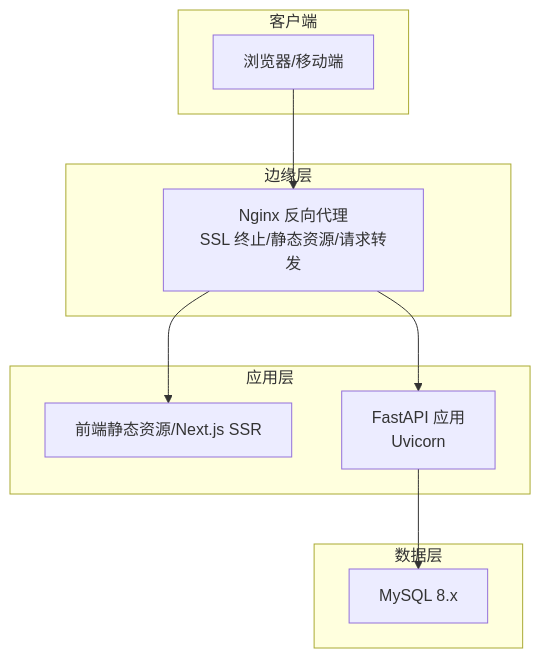
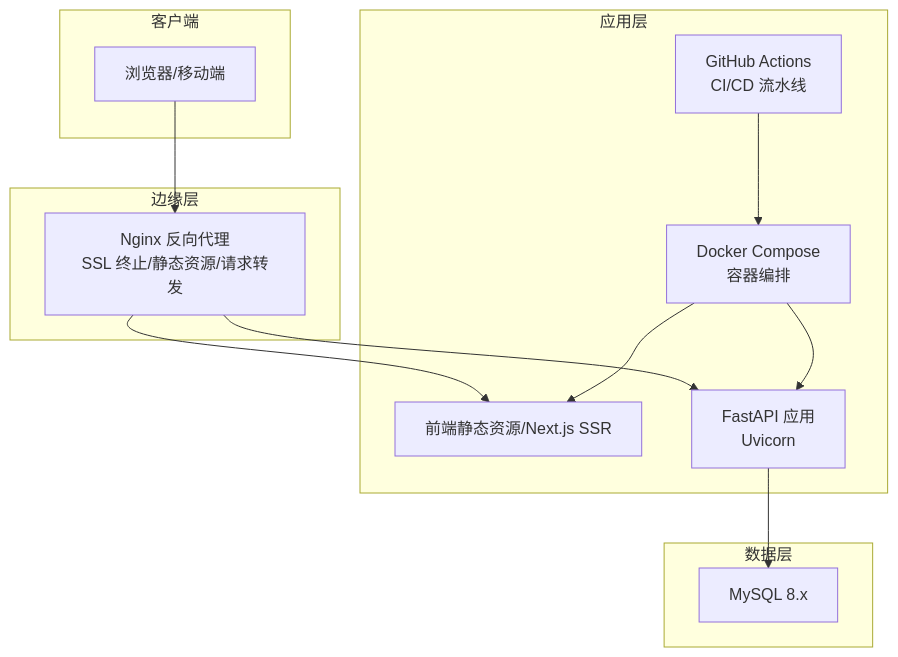
Before and after one commit to gujialind/InvestRing: the second of 4 diagrams in .qoder/repowiki/zh/content/开发指南/部署指南/部署指南.md, drawn with Mermaid. The commit also changed other lines of this file and 39 other files, not shown here.

````diff
--- a/.qoder/repowiki/zh/content/开发指南/部署指南/部署指南.md
+++ b/.qoder/repowiki/zh/content/开发指南/部署指南/部署指南.md
@@ -73,20 +105,25 @@
 ```mermaid
 graph TB
 subgraph "客户端"
 Browser["浏览器/移动端"]
 end
 subgraph "边缘层"
 Nginx["Nginx 反向代理<br/>SSL 终止/静态资源/请求转发"]
 end
 subgraph "应用层"
 Frontend["前端静态资源/Next.js SSR"]
 Backend["FastAPI 应用<br/>Uvicorn"]
+DockerCompose["Docker Compose<br/>容器编排"]
+GitHubActions["GitHub Actions<br/>CI/CD 流水线"]
 end
 subgraph "数据层"
 MySQL["MySQL 8.x"]
 end
 Browser --> Nginx
 Nginx --> Frontend
 Nginx --> Backend
 Backend --> MySQL
+DockerCompose --> Frontend
+DockerCompose --> Backend
+GitHubActions --> DockerCompose
 ```
````
